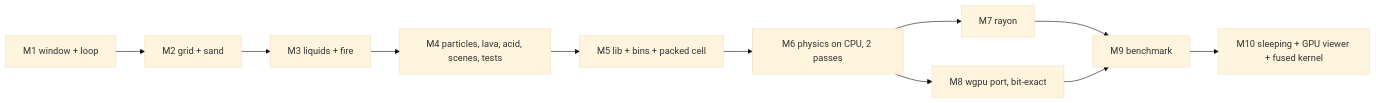
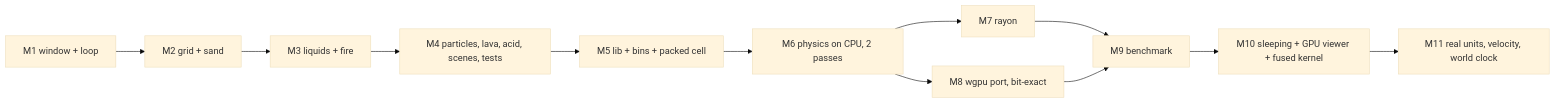
Before and after one commit to anujbarve/falling-sand-rust: the diagram in docs/lessons/17-capstone-roadmap.md, drawn with Mermaid (base theme). The commit also changed other lines of this file and 8 other files, not shown here.

First line of the commit message:
docs: lesson 16 (real units, velocity, world clock) and updates for later commits

````diff
--- a/docs/lessons/17-capstone-roadmap.md
+++ b/docs/lessons/17-capstone-roadmap.md
@@ -21,13 +21,14 @@
 ```mermaid
 graph LR
   M1[M1 window + loop] --> M2[M2 grid + sand]
   M2 --> M3[M3 liquids + fire]
   M3 --> M4[M4 particles, lava, acid, scenes, tests]
   M4 --> M5[M5 lib + bins + packed cell]
   M5 --> M6[M6 physics on CPU, 2 passes]
   M6 --> M7[M7 rayon]
   M6 --> M8[M8 wgpu port, bit-exact]
   M7 --> M9[M9 benchmark]
   M8 --> M9
   M9 --> M10[M10 sleeping + GPU viewer + fused kernel]
+  M10 --> M11[M11 real units, velocity, world clock]
 ```
````
